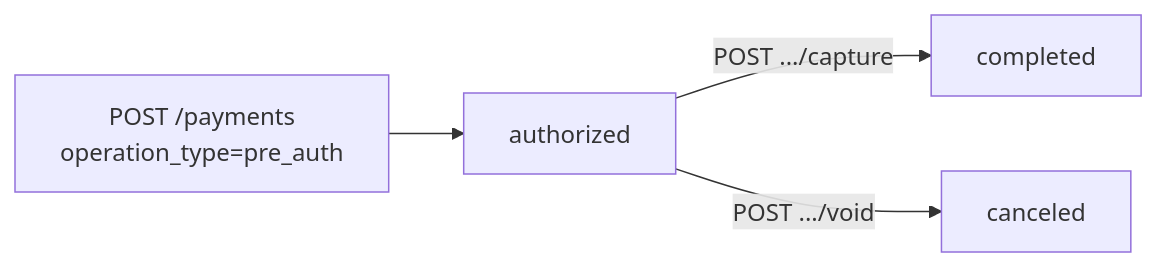
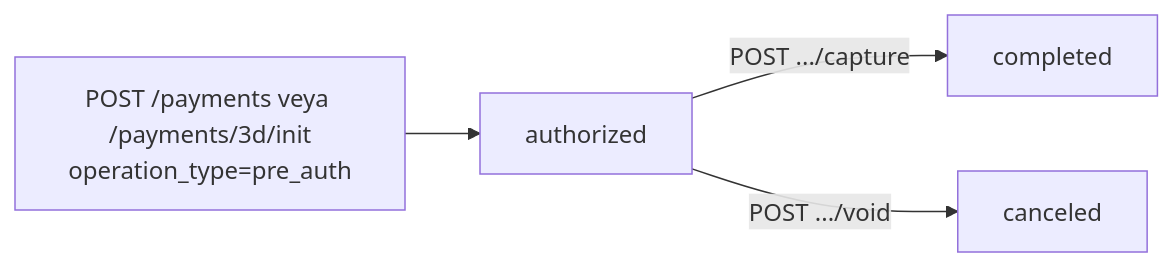
One commit to payment-pos/mintlify changed the diagram in sanal-pos/payments/pre-auth-capture.mdx. Above: the diagram before and after it, drawn with Mermaid. The commit also changed other lines of this file and 135 other files, not shown here.

````diff
--- a/sanal-pos/payments/pre-auth-capture.mdx
+++ b/sanal-pos/payments/pre-auth-capture.mdx
@@ -17,6 +17,6 @@
 ```mermaid
 flowchart LR
-    A[POST /payments<br/>operation_type=pre_auth] --> B[authorized]
+    A[POST /payments veya /payments/3d/init<br/>operation_type=pre_auth] --> B[authorized]
     B -->|POST .../capture| C[completed]
     B -->|POST .../void| D[canceled]
 ```
````
